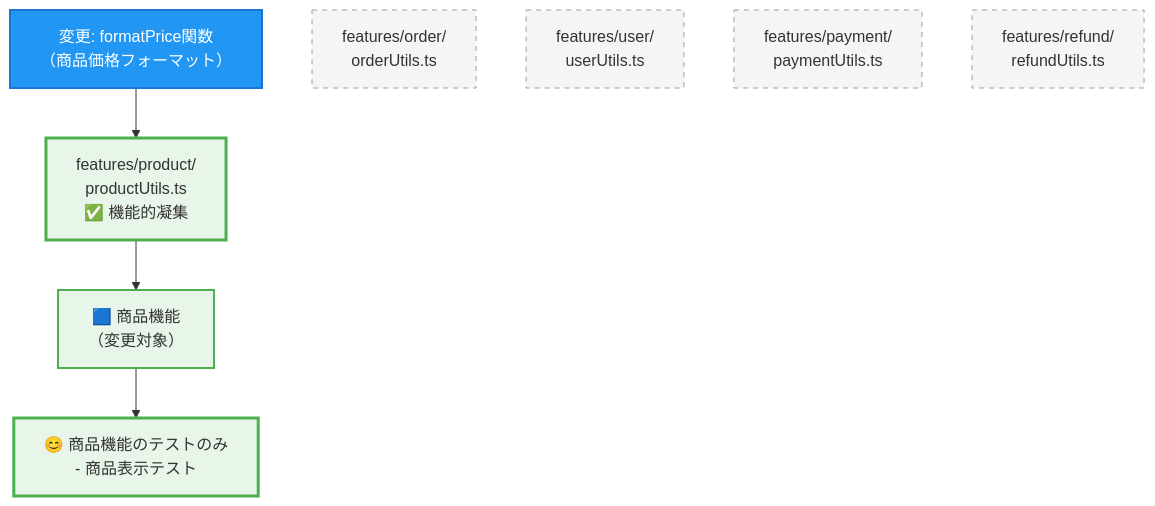
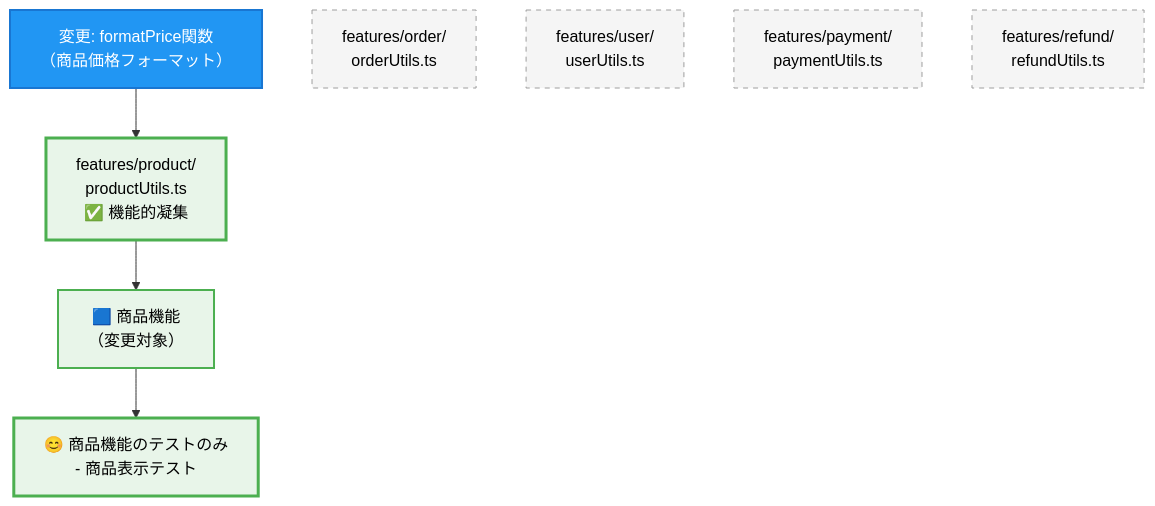
The second of 2 diagrams in articles/directory_cohesion.md (raorao1011/zenn-post-list), drawn with Mermaid before and after one commit.

````diff
--- a/articles/directory_cohesion.md
+++ b/articles/directory_cohesion.md
@@ -306,27 +306,27 @@
 ```mermaid
 graph TB
     Change2["変更: formatPrice関数<br/>（商品価格フォーマット）"]
 
     ProductFile["features/product/<br/>productUtils.ts<br/>✅ 機能的凝集"]
     OrderFile["features/order/<br/>orderUtils.ts"]
     UserFile["features/user/<br/>userUtils.ts"]
     PaymentFile["features/payment/<br/>paymentUtils.ts"]
     RefundFile["features/refund/<br/>refundUtils.ts"]
 
     ProductFunc["🟦 商品機能<br/>（変更対象）"]
 
     TestLimited["😊 商品機能のテストのみ<br/>- 商品表示テスト"]
 
     Change2 --> ProductFile
     ProductFile --> ProductFunc
     ProductFunc --> TestLimited
 
     style Change2 fill:#2196f3,stroke:#1976d2,stroke-width:2px,color:#fff
-    style ProductFile fill:#e8f5e9,stroke:#4caf50,stroke-width:3px
-    style OrderFile fill:#f5f5f5,stroke:#9e9e9e,stroke-width:1px,stroke-dasharray: 5 5
-    style UserFile fill:#f5f5f5,stroke:#9e9e9e,stroke-width:1px,stroke-dasharray: 5 5
-    style PaymentFile fill:#f5f5f5,stroke:#9e9e9e,stroke-width:1px,stroke-dasharray: 5 5
-    style RefundFile fill:#f5f5f5,stroke:#9e9e9e,stroke-width:1px,stroke-dasharray: 5 5
-    style ProductFunc fill:#e8f5e9,stroke:#4caf50,stroke-width:2px
-    style TestLimited fill:#e8f5e9,stroke:#4caf50,stroke-width:3px
+    style ProductFile fill:#e8f5e9,stroke:#4caf50,stroke-width:3px,color:#000
+    style OrderFile fill:#f5f5f5,stroke:#9e9e9e,stroke-width:1px,stroke-dasharray: 5 5,color:#000
+    style UserFile fill:#f5f5f5,stroke:#9e9e9e,stroke-width:1px,stroke-dasharray: 5 5,color:#000
+    style PaymentFile fill:#f5f5f5,stroke:#9e9e9e,stroke-width:1px,stroke-dasharray: 5 5,color:#000
+    style RefundFile fill:#f5f5f5,stroke:#9e9e9e,stroke-width:1px,stroke-dasharray: 5 5,color:#000
+    style ProductFunc fill:#e8f5e9,stroke:#4caf50,stroke-width:2px,color:#000
+    style TestLimited fill:#e8f5e9,stroke:#4caf50,stroke-width:3px,color:#000
 ```
````
